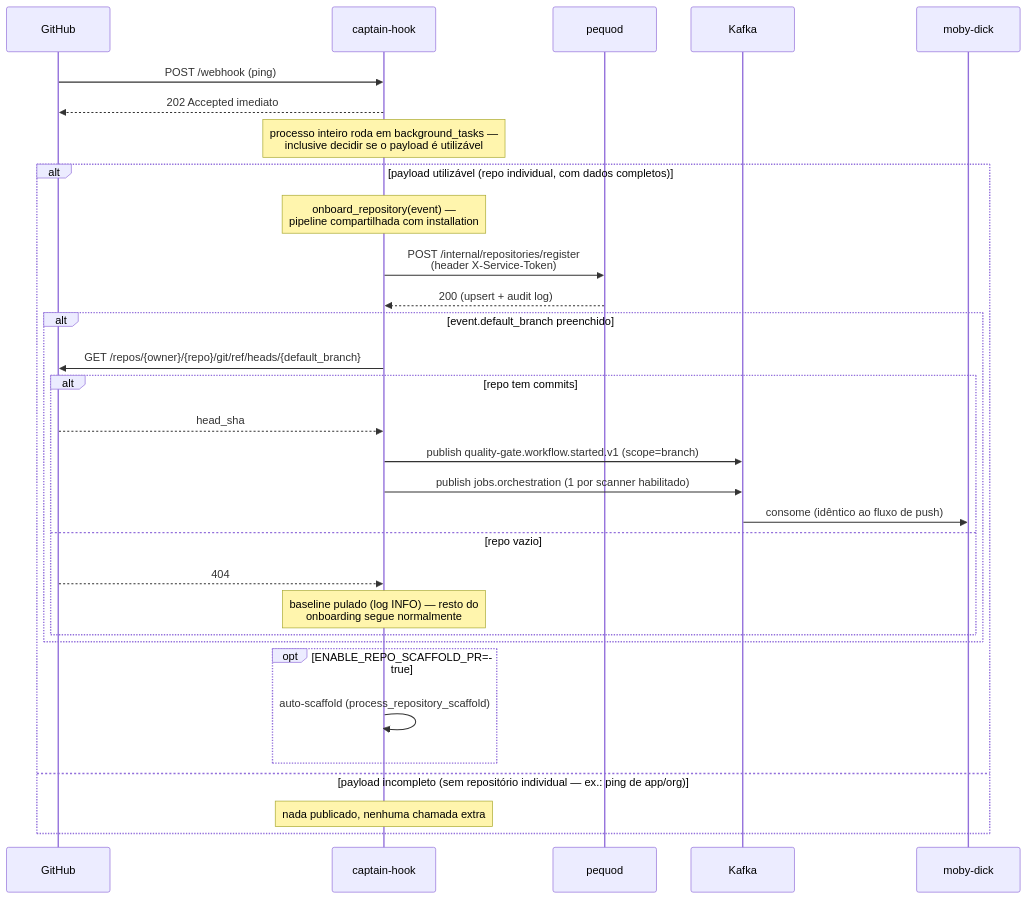
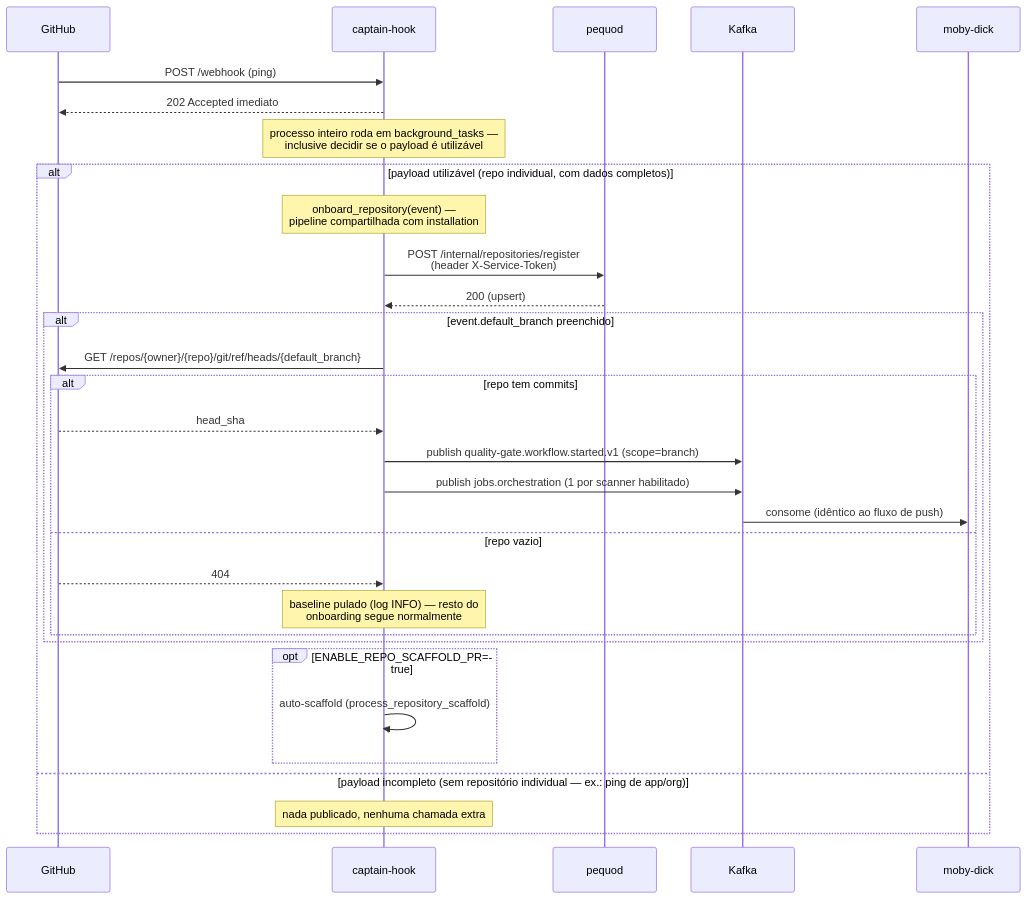
The first of 3 diagrams in docs/captain-hook.md (OdinEye-FIAP/aspm-docs), drawn with Mermaid before and after one commit. The commit also changed other lines of this file and 8 other files, not shown here.

First line of the commit message:
docs: registrar remocao do audit log do pequod

````diff
--- a/docs/captain-hook.md
+++ b/docs/captain-hook.md
@@ -50,35 +50,35 @@
 ```mermaid
 sequenceDiagram
     participant GH as GitHub
     participant CH as captain-hook
     participant PQ as pequod
     participant K as Kafka
     participant MD as moby-dick
 
     GH->>CH: POST /webhook (ping)
     CH-->>GH: 202 Accepted imediato
     Note over CH: processo inteiro roda em background_tasks —<br/>inclusive decidir se o payload é utilizável
 
     alt payload utilizável (repo individual, com dados completos)
         Note over CH: onboard_repository(event) —<br/>pipeline compartilhada com installation
         CH->>PQ: POST /internal/repositories/register<br/>(header X-Service-Token)
-        PQ-->>CH: 200 (upsert + audit log)
+        PQ-->>CH: 200 (upsert)
         alt event.default_branch preenchido
             CH->>GH: GET /repos/{owner}/{repo}/git/ref/heads/{default_branch}
             alt repo tem commits
                 GH-->>CH: head_sha
                 CH->>K: publish quality-gate.workflow.started.v1 (scope=branch)
                 CH->>K: publish jobs.orchestration (1 por scanner habilitado)
                 K->>MD: consome (idêntico ao fluxo de push)
             else repo vazio
                 GH-->>CH: 404
                 Note over CH: baseline pulado (log INFO) — resto do<br/>onboarding segue normalmente
             end
         end
         opt ENABLE_REPO_SCAFFOLD_PR=true
             CH->>CH: auto-scaffold (process_repository_scaffold)
         end
     else payload incompleto (sem repositório individual — ex.: ping de app/org)
         Note over CH: nada publicado, nenhuma chamada extra
     end
 ```
````
